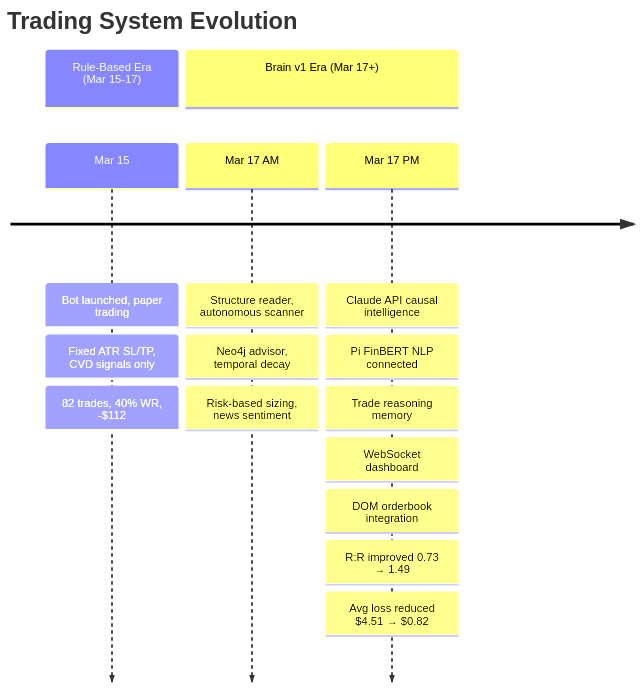
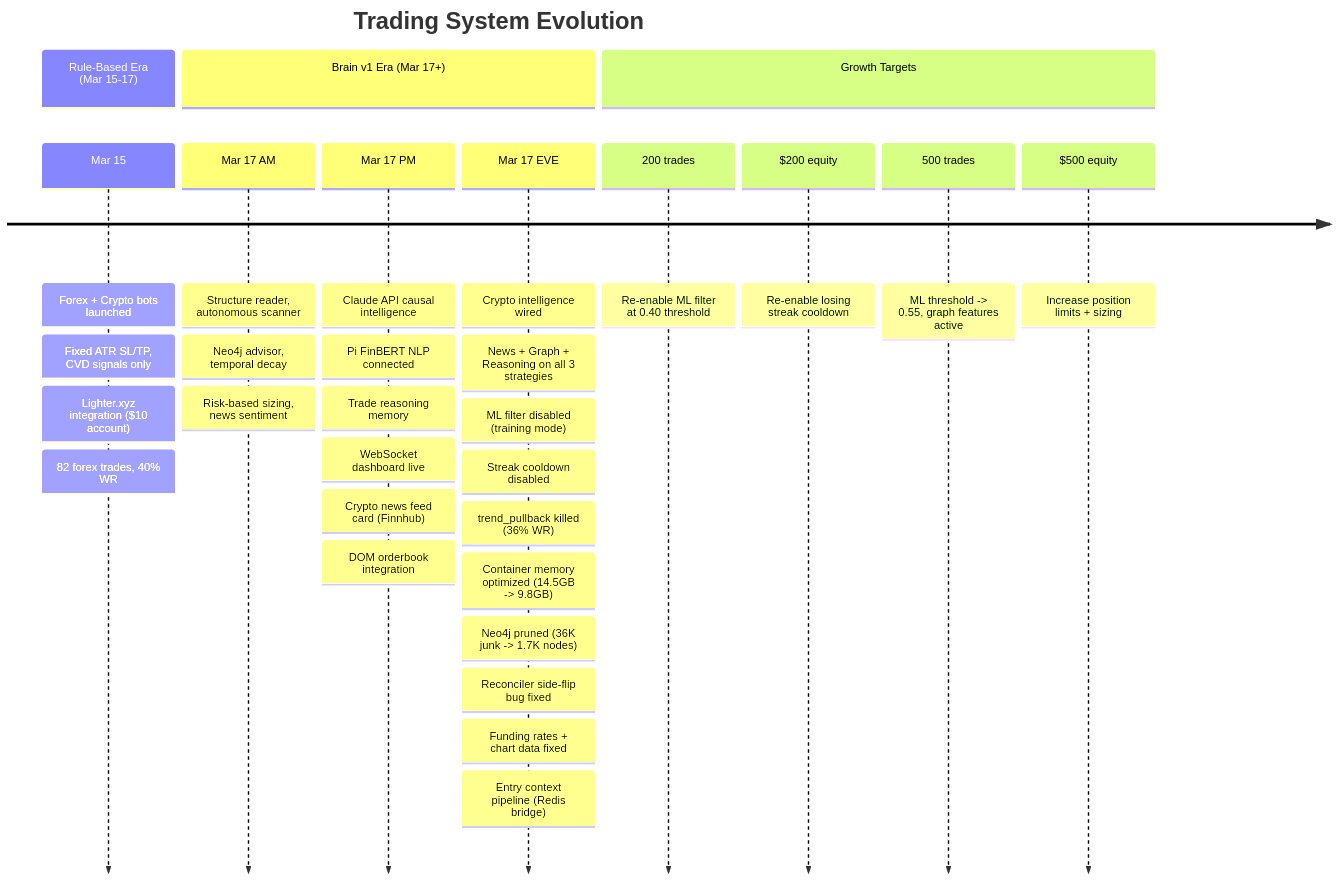
One commit to DisciplinedFlow/metatrader5-quant-server changed the tenth of 11 diagrams in ARCHITECTURE_BRAIN.md. Above: the diagram before and after it, drawn with Mermaid. The commit also changed other lines of this file and 83 other files, not shown here.

Commit message:
feat: Expand architecture for dual-domain trading, add crypto ML, Lighter.xyz integration, and extensive backtest data.

````diff
--- a/ARCHITECTURE_BRAIN.md
+++ b/ARCHITECTURE_BRAIN.md
@@ -223,19 +337,34 @@
 ```mermaid
 timeline
     title Trading System Evolution
     section Rule-Based Era (Mar 15-17)
-        Mar 15 : Bot launched, paper trading
-                : Fixed ATR SL/TP, CVD signals only
-                : 82 trades, 40% WR, -$112
+        Mar 15 : Forex + Crypto bots launched
+               : Fixed ATR SL/TP, CVD signals only
+               : Lighter.xyz integration ($10 account)
+               : 82 forex trades, 40% WR
     section Brain v1 Era (Mar 17+)
         Mar 17 AM : Structure reader, autonomous scanner
                   : Neo4j advisor, temporal decay
                   : Risk-based sizing, news sentiment
         Mar 17 PM : Claude API causal intelligence
                   : Pi FinBERT NLP connected
                   : Trade reasoning memory
-                  : WebSocket dashboard
+                  : WebSocket dashboard live
+                  : Crypto news feed card (Finnhub)
                   : DOM orderbook integration
-                  : R:R improved 0.73 → 1.49
-                  : Avg loss reduced $4.51 → $0.82
+        Mar 17 EVE : Crypto intelligence wired
+                   : News + Graph + Reasoning on all 3 strategies
+                   : ML filter disabled (training mode)
+                   : Streak cooldown disabled
+                   : trend_pullback killed (36% WR)
+                   : Container memory optimized (14.5GB -> 9.8GB)
+                   : Neo4j pruned (36K junk -> 1.7K nodes)
+                   : Reconciler side-flip bug fixed
+                   : Funding rates + chart data fixed
+                   : Entry context pipeline (Redis bridge)
+    section Growth Targets
+        200 trades : Re-enable ML filter at 0.40 threshold
+        $200 equity : Re-enable losing streak cooldown
+        500 trades : ML threshold -> 0.55, graph features active
+        $500 equity : Increase position limits + sizing
 ```
````
